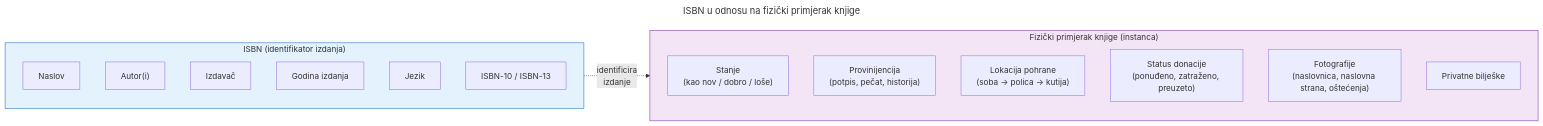
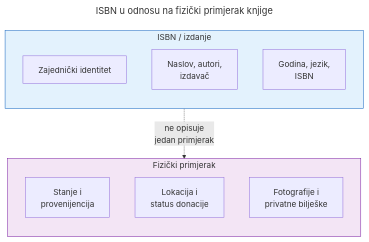
One commit to mihafreenode/let-books changed the diagram in docs/diagrams/blog/isbn-not-a-database/bs/isbn-vs-physical-book.mmd. Above: the diagram before and after it, drawn with Mermaid. The commit also changed 430 other files, not shown here.

```diff
--- a/docs/diagrams/blog/isbn-not-a-database/bs/isbn-vs-physical-book.mmd
+++ b/docs/diagrams/blog/isbn-not-a-database/bs/isbn-vs-physical-book.mmd
@@ -1,28 +1,22 @@
 ---
 title: ISBN u odnosu na fizički primjerak knjige
 ---
-flowchart LR
-    subgraph ISBN["ISBN (identifikator izdanja)"]
+flowchart TB
+    subgraph ISBN["ISBN / izdanje"]
         direction TB
-        I1["Naslov"]
-        I2["Autor(i)"]
-        I3["Izdavač"]
-        I4["Godina izdanja"]
-        I5["Jezik"]
-        I6["ISBN-10 / ISBN-13"]
+        I1["Zajednički identitet"]
+        I2["Naslov, autori,<br/>izdavač"]
+        I3["Godina, jezik,<br/>ISBN"]
     end
 
-    subgraph Physical["Fizički primjerak knjige (instanca)"]
+    subgraph Physical["Fizički primjerak"]
         direction TB
-        P1["Stanje<br/>(kao nov / dobro / loše)"]
-        P2["Provinijencija<br/>(potpis, pečat, historija)"]
-        P3["Lokacija pohrane<br/>(soba → polica → kutija)"]
-        P4["Status donacije<br/>(ponuđeno, zatraženo, preuzeto)"]
-        P5["Fotografije<br/>(naslovnica, naslovna strana, oštećenja)"]
-        P6["Privatne bilješke"]
+        P1["Stanje i<br/>provenijencija"]
+        P2["Lokacija i<br/>status donacije"]
+        P3["Fotografije i<br/>privatne bilješke"]
     end
 
-    ISBN -.->|"identificira<br/>izdanje"| Physical
+    I3 -.->|"ne opisuje<br/>jedan primjerak"| P1
 
     style ISBN fill:#e3f2fd,stroke:#1565c0
     style Physical fill:#f3e5f5,stroke:#7b1fa2
```
